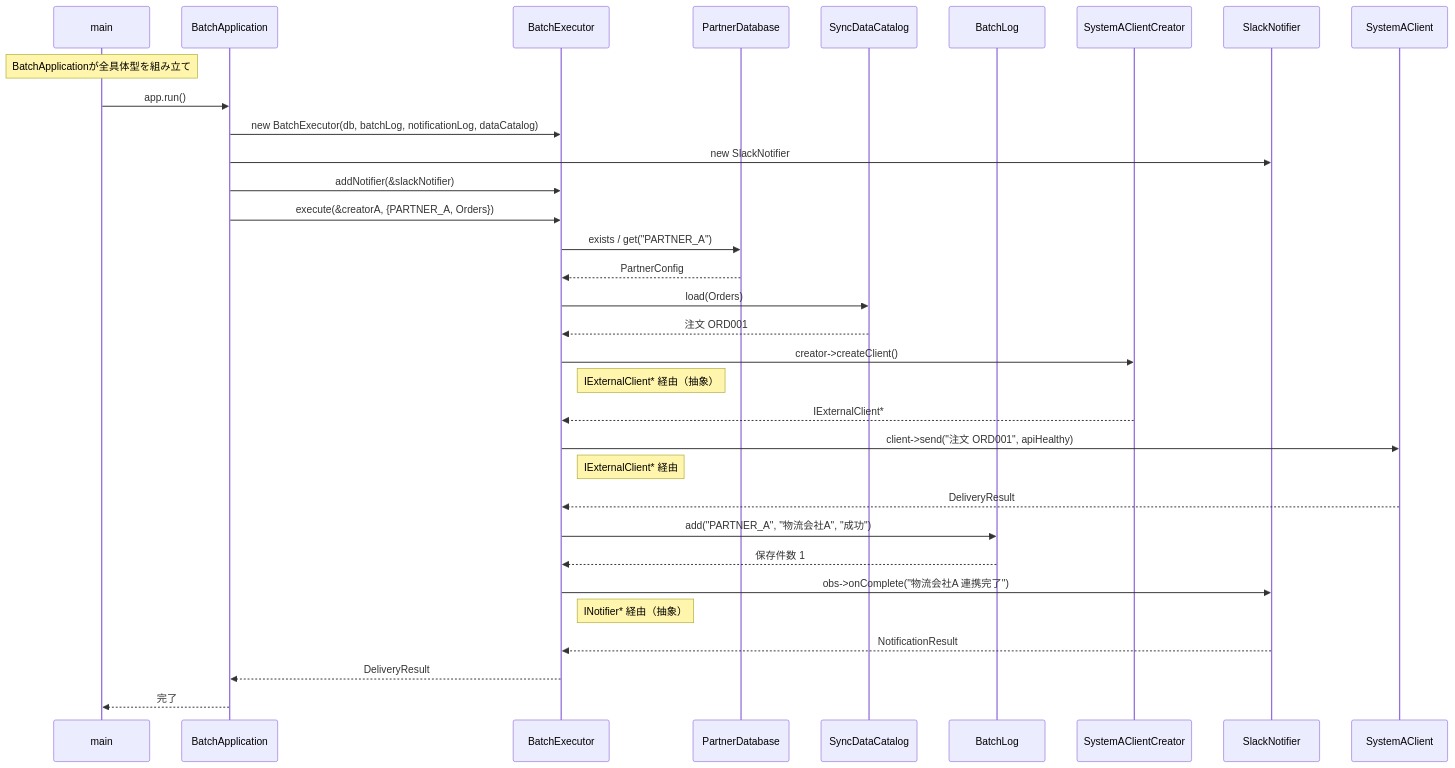
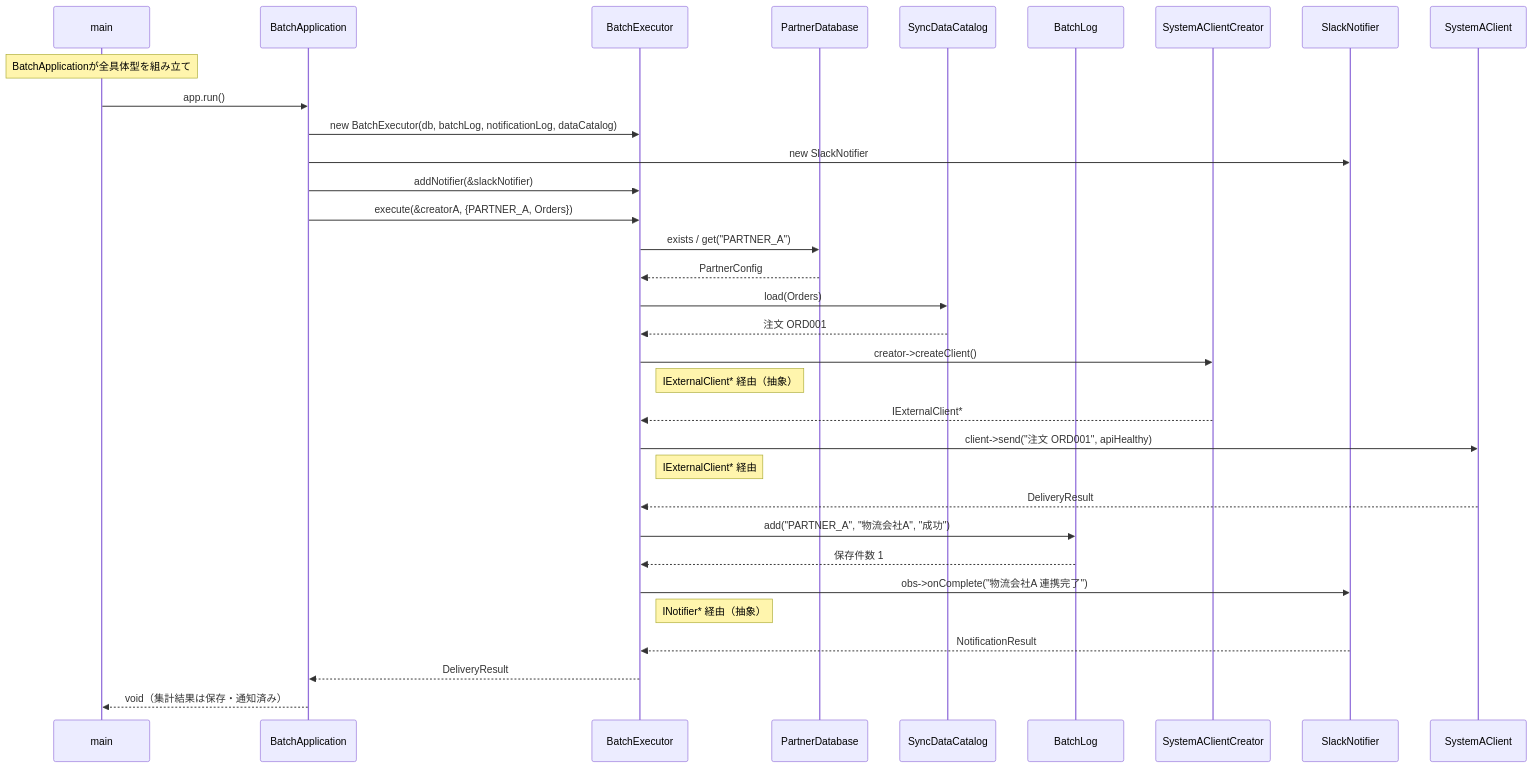
Before and after one commit to kumachan1101-pixel/DesignPattern: diagram 13 of 16 in kindle/design-patterns/output/chapter10.md, drawn with Mermaid. The commit also changed other lines of this file and 28 other files, not shown here.

Commit message:
docs: simplify phase 6 design flow

````diff
--- a/kindle/design-patterns/output/chapter10.md
+++ b/kindle/design-patterns/output/chapter10.md
@@ -2463,35 +2393,35 @@
 ```mermaid
 sequenceDiagram
     participant main
     participant BA as BatchApplication
     participant BE as BatchExecutor
     participant DB as PartnerDatabase
     participant DC as SyncDataCatalog
     participant BL as BatchLog
     participant AC as SystemAClientCreator
     participant SN as SlackNotifier
     participant SA as SystemAClient
     Note over main: BatchApplicationが全具体型を組み立て
     main->>BA: app.run()
     BA->>BE: new BatchExecutor(db, batchLog, notificationLog, dataCatalog)
     BA->>SN: new SlackNotifier
     BA->>BE: addNotifier(&slackNotifier)
     BA->>BE: execute(&creatorA, {PARTNER_A, Orders})
     BE->>DB: exists / get("PARTNER_A")
     DB-->>BE: PartnerConfig
     BE->>DC: load(Orders)
     DC-->>BE: 注文 ORD001
     BE->>AC: creator->createClient()
     Note right of BE: IExternalClient* 経由（抽象）
     AC-->>BE: IExternalClient*
     BE->>SA: client->send("注文 ORD001", apiHealthy)
     Note right of BE: IExternalClient* 経由
     SA-->>BE: DeliveryResult
     BE->>BL: add("PARTNER_A", "物流会社A", "成功")
     BL-->>BE: 保存件数 1
     BE->>SN: obs->onComplete("物流会社A 連携完了")
     Note right of BE: INotifier* 経由（抽象）
     SN-->>BE: NotificationResult
     BE-->>BA: DeliveryResult
-    BA-->>main: 完了
+    BA-->>main: void（集計結果は保存・通知済み）
 ```
````
